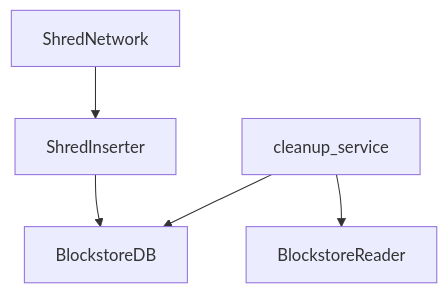
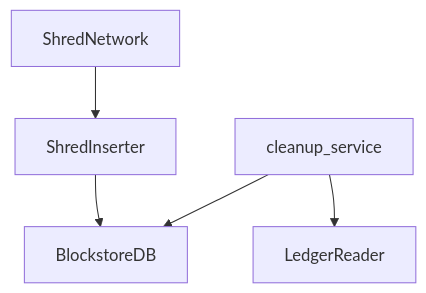
Before and after one commit to Syndica/sig: the diagram in docs/docusaurus/docs/code/ledger.md, drawn with Mermaid. The commit also changed other lines of this file and 11 other files, not shown here.

Commit message:
refactor(ledger): Rename BlockstoreReader to LedgerReader

````diff
--- a/docs/docusaurus/docs/code/ledger.md
+++ b/docs/docusaurus/docs/code/ledger.md
@@ -72,7 +72,7 @@
 ```mermaid
 graph TD
     A[ShredNetwork] --> B[ShredInserter]
     B --> C[BlockstoreDB]
     D[cleanup_service] --> C
-    D --> E[BlockstoreReader]
+    D --> E[LedgerReader]
 ```
````
